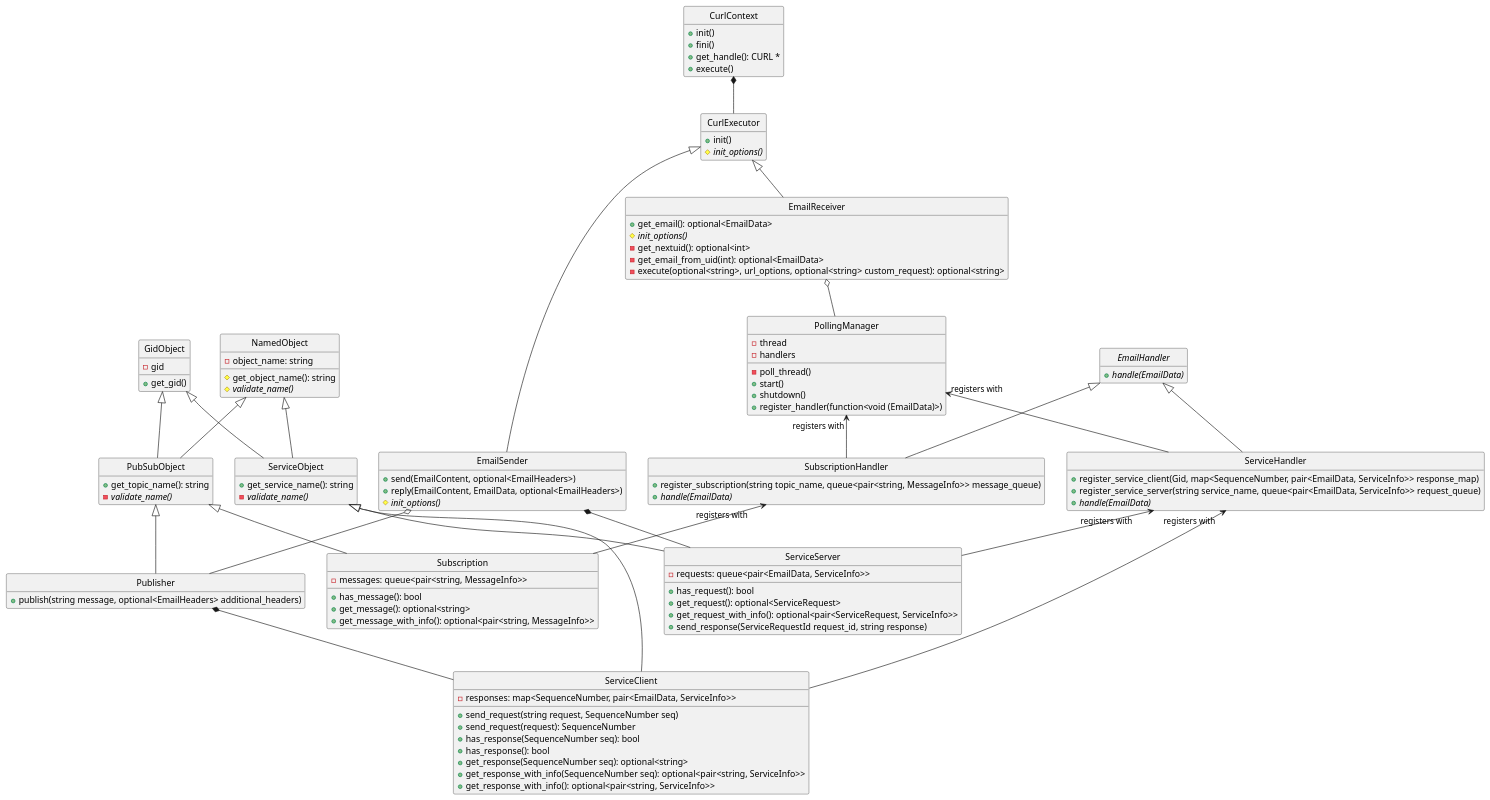
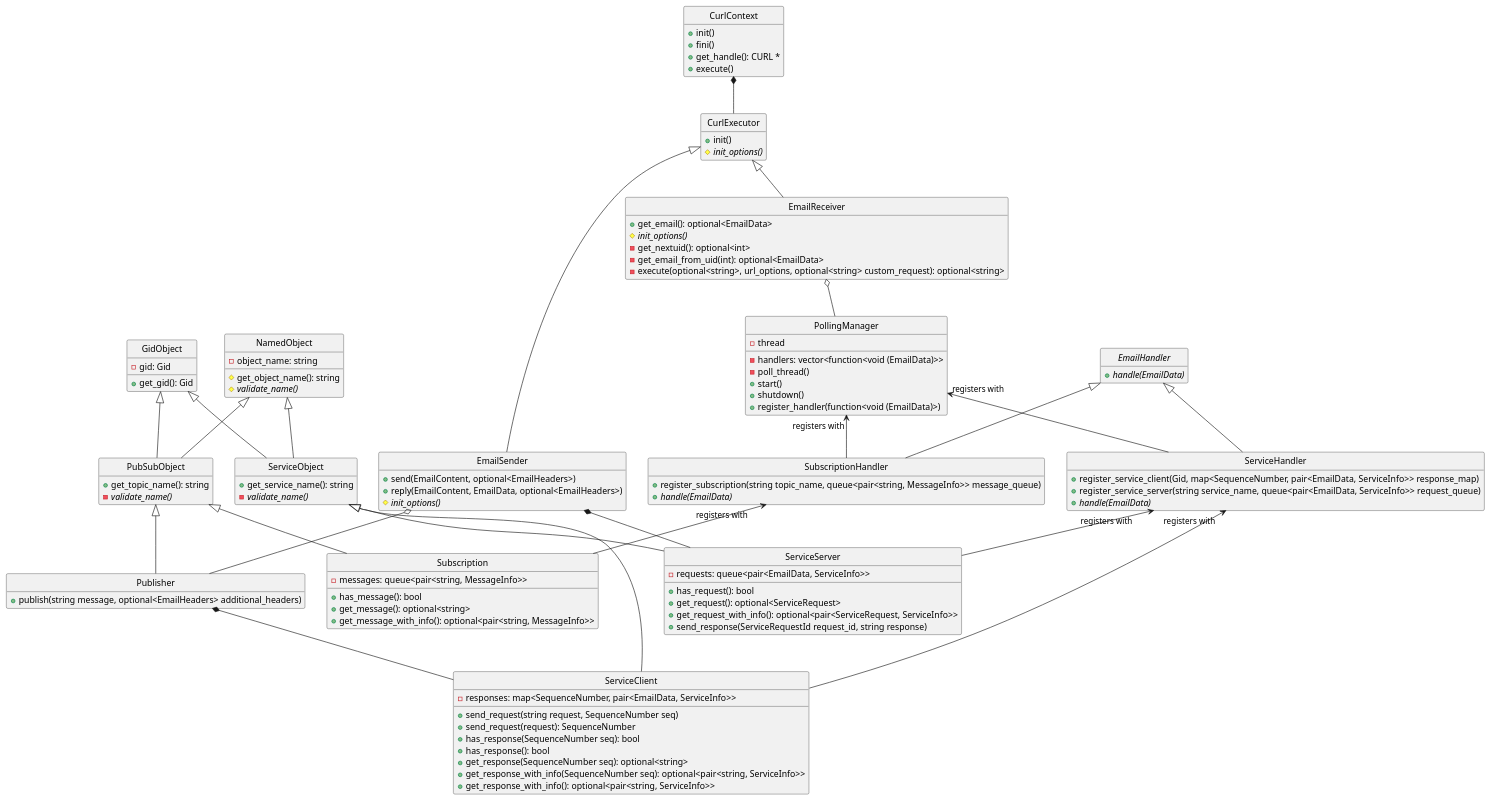
One commit to christophebedard/rmw_email changed the first of 4 diagrams in email/doc/design.md. Above: the diagram before and after it, drawn with PlantUML. The commit also changed other lines of this file, not shown here.

Commit message:
Add more design notes/info to the email design doc (#245)

```diff
--- a/email/doc/design.md
+++ b/email/doc/design.md
@@ -49,8 +137,8 @@
 
 class PollingManager {
    -thread
+   -handlers: vector<function<void (EmailData)>>
    -poll_thread()
-   -handlers
    +start()
    +shutdown()
    +register_handler(function<void (EmailData)>)
@@ -89,8 +177,8 @@
 
 
 class GidObject {
-   -gid
-   +get_gid()
+   -gid: Gid
+   +get_gid(): Gid
 }
 hide GidObject circle
 class NamedObject {
```
